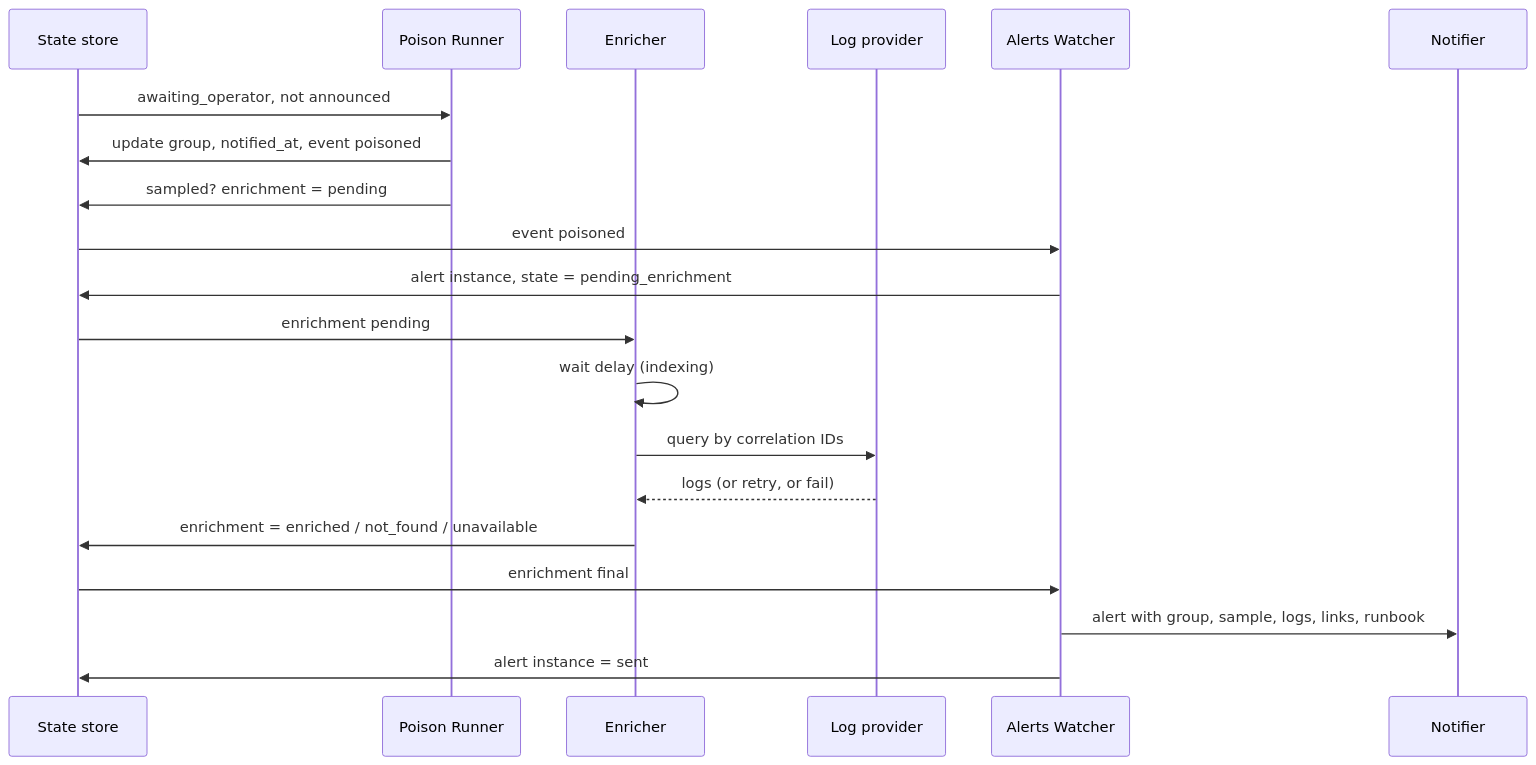
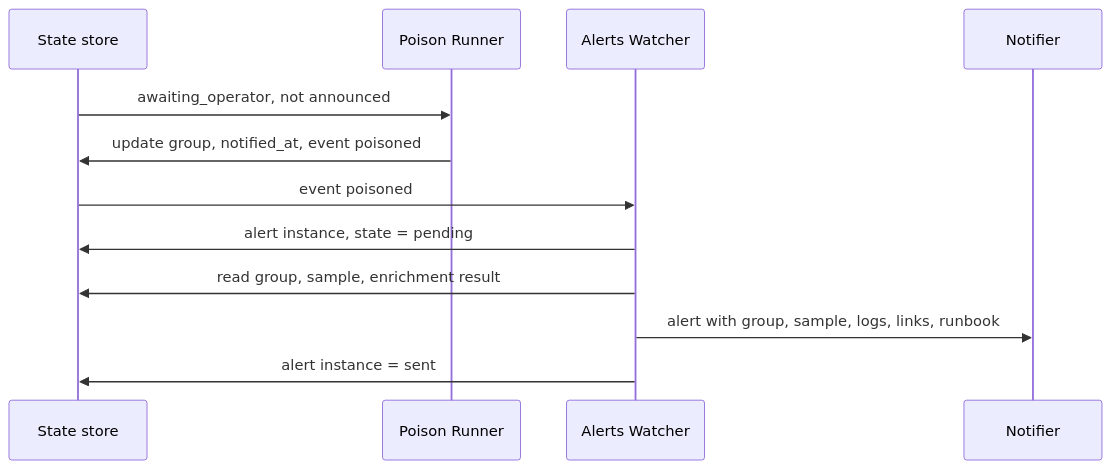
The sixth of 10 diagrams in docs/flows.md (opendlq/OpenDLQ), drawn with Mermaid before and after one commit. The commit also changed other lines of this file and 2 other files, not shown here.

First line of the commit message:
docs: add enriched state and enricher-first flow

````diff
--- a/docs/flows.md
+++ b/docs/flows.md
@@ -111,22 +137,14 @@
 ```mermaid
 sequenceDiagram
     participant S as State store
-    participant PH as Poison Runner
-    participant E as Enricher
-    participant LP as Log provider
+    participant PR as Poison Runner
     participant AW as Alerts Watcher
     participant N as Notifier
-    S->>PH: awaiting_operator, not announced
-    PH->>S: update group, notified_at, event poisoned
-    PH->>S: sampled? enrichment = pending
+    S->>PR: awaiting_operator, not announced
+    PR->>S: update group, notified_at, event poisoned
     S->>AW: event poisoned
-    AW->>S: alert instance, state = pending_enrichment
-    S->>E: enrichment pending
-    E->>E: wait delay (indexing)
-    E->>LP: query by correlation IDs
-    LP-->>E: logs (or retry, or fail)
-    E->>S: enrichment = enriched / not_found / unavailable
-    S->>AW: enrichment final
+    AW->>S: alert instance, state = pending
+    AW->>S: read group, sample, enrichment result
     AW->>N: alert with group, sample, logs, links, runbook
     AW->>S: alert instance = sent
 ```
````
